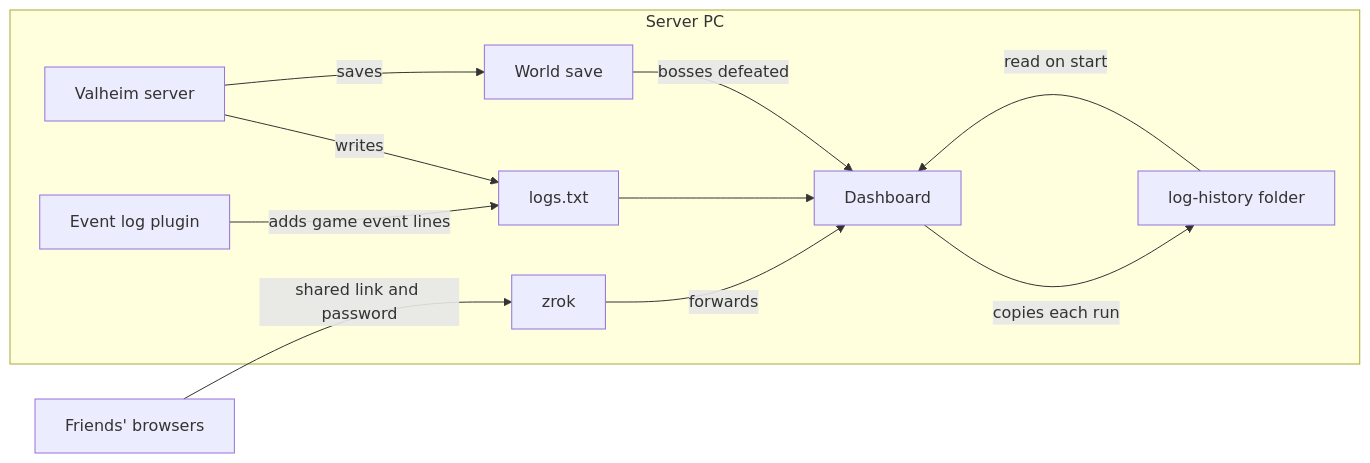
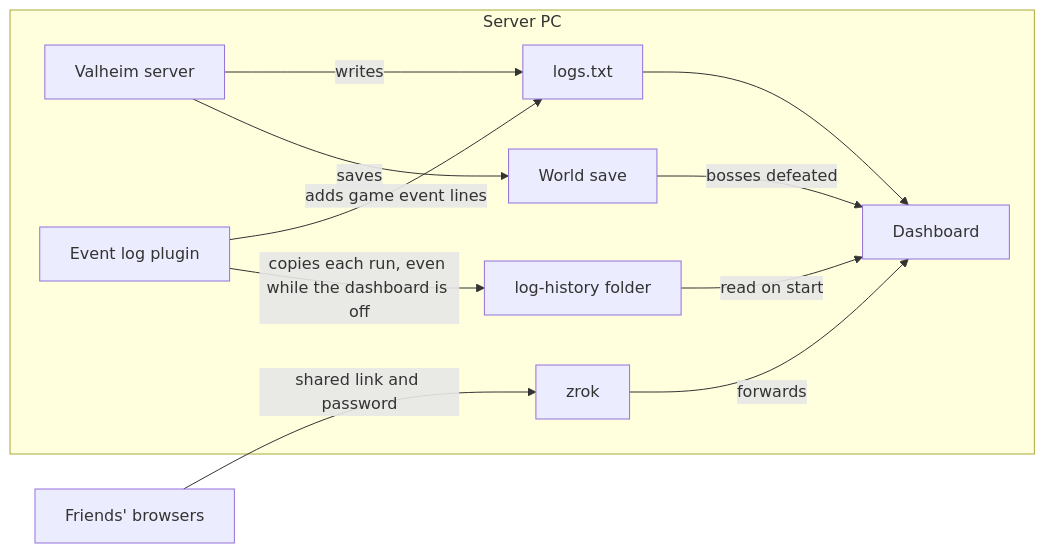
Before and after one commit to cristiadu/valheim-dashboard: the first of 22 diagrams in docs/architecture.md, drawn with Mermaid. The commit also changed other lines of this file and 8 other files, not shown here.

Commit message:
Event log plugin 2.34.0: keep each run's log in log-history even while the dashboard is off (#151)

````diff
--- a/docs/architecture.md
+++ b/docs/architecture.md
@@ -6,14 +6,14 @@
 ```mermaid
 flowchart LR
   subgraph pc[Server PC]
     game[Valheim server] -->|writes| log[logs.txt]
     plugin[Event log plugin] -->|adds game event lines| log
     log --> dash[Dashboard]
-    dash -->|copies each run| hist[log-history folder]
+    plugin -->|copies each run, even while the dashboard is off| hist[log-history folder]
     hist -->|read on start| dash
     game -->|saves| save[World save]
     save -->|bosses defeated| dash
     zrok[zrok] -->|forwards| dash
   end
   friends[Friends' browsers] -->|shared link and password| zrok
 ```
````
